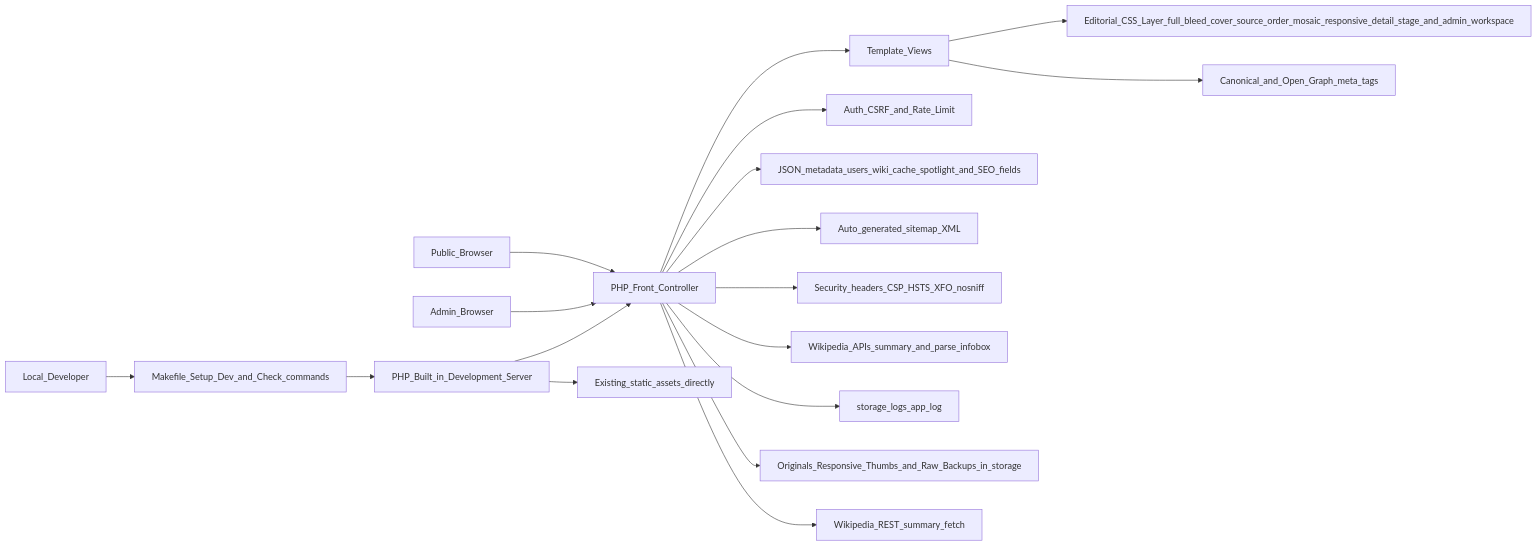
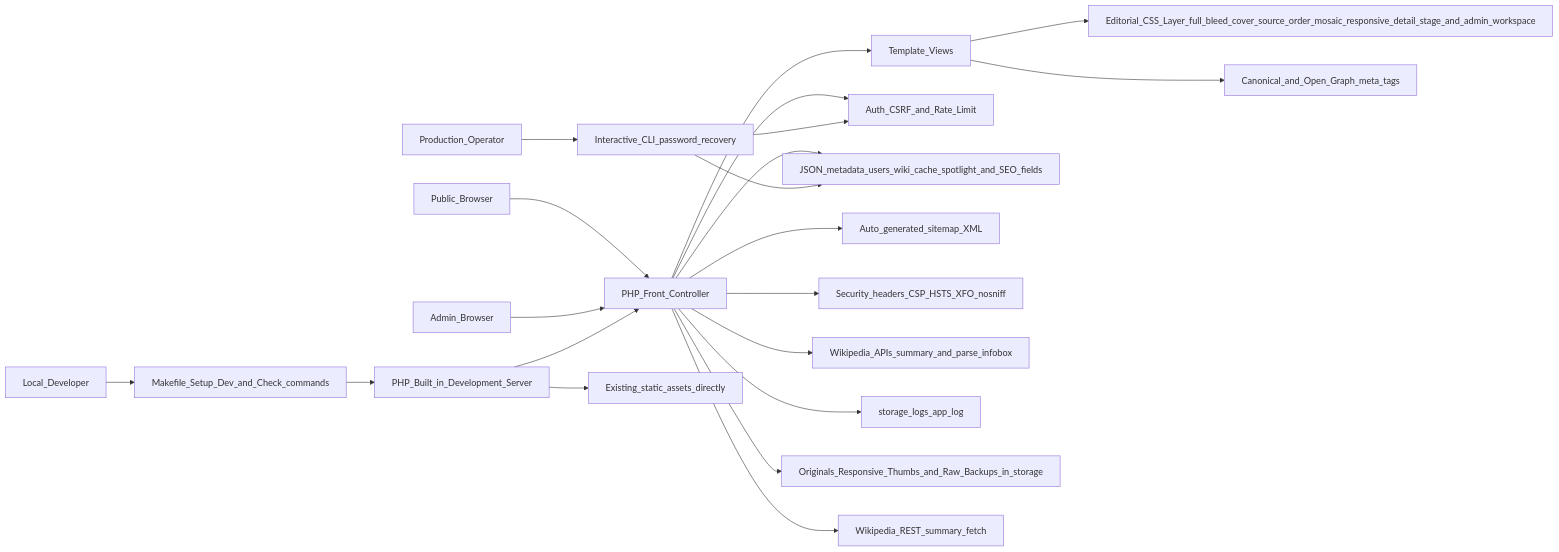
Before and after one commit to smeird/images: the third of 3 diagrams in README.md, drawn with Mermaid. The commit also changed other lines of this file and 2 other files, not shown here.

First line of the commit message:
Add safe admin password recovery command

````diff
--- a/README.md
+++ b/README.md
@@ -278,20 +297,23 @@
 ```mermaid
 graph LR
   Public_Browser --> PHP_Front_Controller
   Admin_Browser --> PHP_Front_Controller
   PHP_Front_Controller --> Template_Views
   Template_Views --> Editorial_CSS_Layer_full_bleed_cover_source_order_mosaic_responsive_detail_stage_and_admin_workspace
   Template_Views --> Canonical_and_Open_Graph_meta_tags
   PHP_Front_Controller --> Auth_CSRF_and_Rate_Limit
   PHP_Front_Controller --> JSON_metadata_users_wiki_cache_spotlight_and_SEO_fields
   PHP_Front_Controller --> Auto_generated_sitemap_XML
   PHP_Front_Controller --> Security_headers_CSP_HSTS_XFO_nosniff
   PHP_Front_Controller --> Wikipedia_APIs_summary_and_parse_infobox
   PHP_Front_Controller --> storage_logs_app_log
   PHP_Front_Controller --> Originals_Responsive_Thumbs_and_Raw_Backups_in_storage
   PHP_Front_Controller --> Wikipedia_REST_summary_fetch
   Local_Developer --> Makefile_Setup_Dev_and_Check_commands
+  Production_Operator --> Interactive_CLI_password_recovery
+  Interactive_CLI_password_recovery --> JSON_metadata_users_wiki_cache_spotlight_and_SEO_fields
+  Interactive_CLI_password_recovery --> Auth_CSRF_and_Rate_Limit
   Makefile_Setup_Dev_and_Check_commands --> PHP_Built_in_Development_Server
   PHP_Built_in_Development_Server --> Existing_static_assets_directly
   PHP_Built_in_Development_Server --> PHP_Front_Controller
 ```
````
